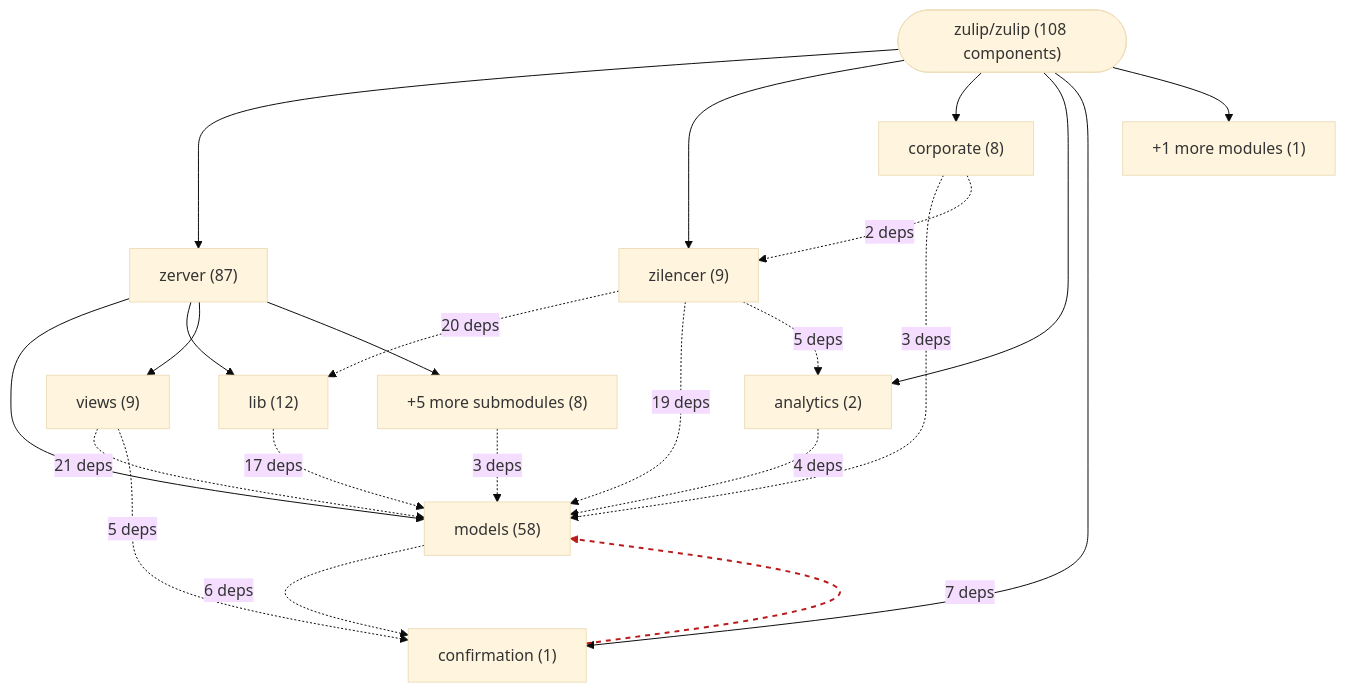
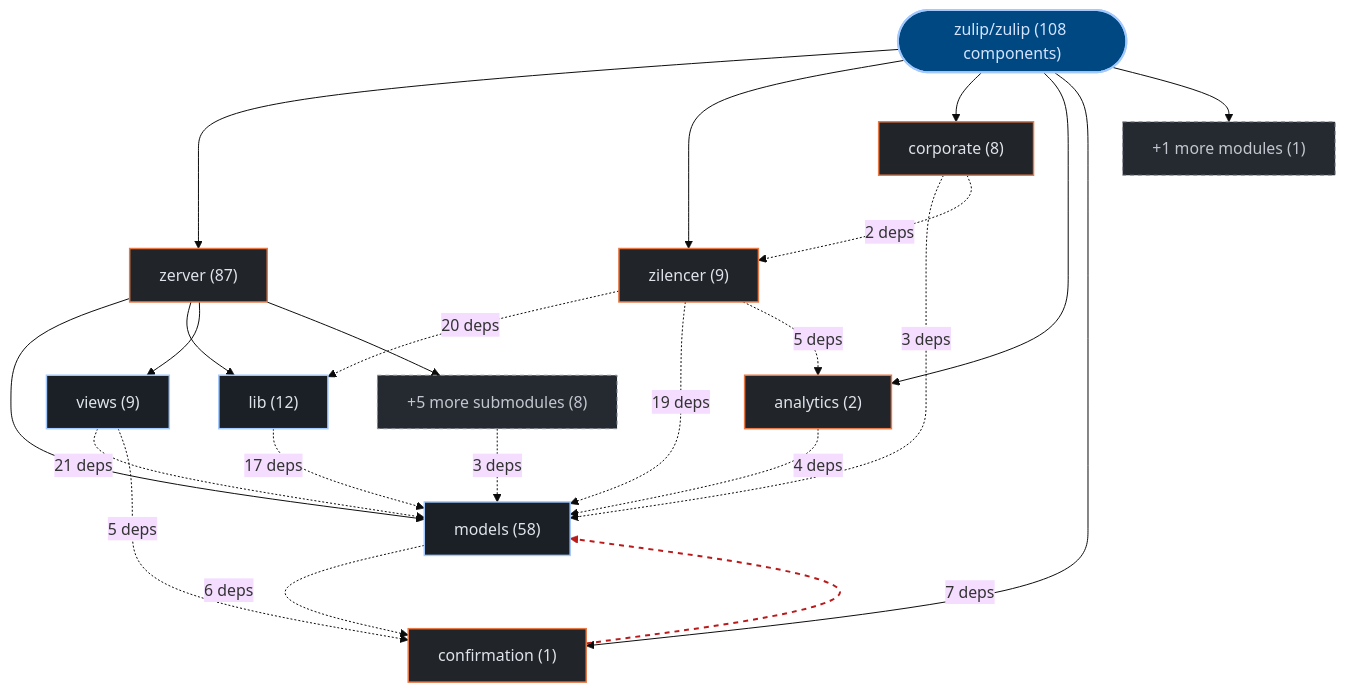
The first of 3 diagrams in exports/latest/reports/zulip-zulip-report.md (kumarshaz/atruss-code-atlas), drawn with Mermaid (base theme) before and after one commit. The commit also changed other lines of this file and 331 other files, not shown here.

Commit message:
docs,ui,fix: update SDLC docs, reorder CI/CD DAG first, stylize Mermaid, and fix Arc42 pipeline topology

````diff
--- a/exports/latest/reports/zulip-zulip-report.md
+++ b/exports/latest/reports/zulip-zulip-report.md
@@ -42,37 +42,44 @@
 ```mermaid
 graph TD;
-    repo_root(["zulip/zulip (108 components)"])
-    dir_0_zerver["zerver (87)"]
+  classDef atlasRoot fill:#004882,stroke:#a3c9ff,stroke-width:2px,color:#d3e4ff
+  classDef atlasCategory fill:#212428,stroke:#E87A48,stroke-width:1.5px,color:#dfe3eb
+  classDef atlasWorkflow fill:#1b2026,stroke:#a3c9ff,stroke-width:1.5px,color:#dfe3eb
+  classDef atlasJob fill:#171c22,stroke:#8d9199,stroke-width:1px,color:#dfe3eb
+  classDef atlasTarget fill:#005227,stroke:#8bd99b,stroke-width:1.5px,color:#a7f6b6
+  classDef atlasAlert fill:#93000a,stroke:#ffb4ab,stroke-width:1.5px,color:#ffdad6
+  classDef atlasMore fill:#252a31,stroke:#8d9199,stroke-dasharray:4 4,color:#c3c6cf
+    repo_root(["zulip/zulip (108 components)"]):::atlasRoot
+    dir_0_zerver["zerver (87)"]:::atlasCategory
     repo_root --> dir_0_zerver
-    sub_0_0_models["models (58)"]
+    sub_0_0_models["models (58)"]:::atlasWorkflow
     dir_0_zerver --> sub_0_0_models
-    sub_0_1_lib["lib (12)"]
+    sub_0_1_lib["lib (12)"]:::atlasWorkflow
     dir_0_zerver --> sub_0_1_lib
-    sub_0_2_views["views (9)"]
+    sub_0_2_views["views (9)"]:::atlasWorkflow
     dir_0_zerver --> sub_0_2_views
-    sub_0_more["+5 more submodules (8)"]
+    sub_0_more["+5 more submodules (8)"]:::atlasMore
     dir_0_zerver --> sub_0_more
-    dir_1_zilencer["zilencer (9)"]
+    dir_1_zilencer["zilencer (9)"]:::atlasCategory
     repo_root --> dir_1_zilencer
-    dir_2_corporate["corporate (8)"]
+    dir_2_corporate["corporate (8)"]:::atlasCategory
     repo_root --> dir_2_corporate
-    dir_3_analytics["analytics (2)"]
+    dir_3_analytics["analytics (2)"]:::atlasCategory
     repo_root --> dir_3_analytics
-    dir_4_confirmation["confirmation (1)"]
+    dir_4_confirmation["confirmation (1)"]:::atlasCategory
     repo_root --> dir_4_confirmation
-    dir_other_modules["+1 more modules (1)"]
+    dir_other_modules["+1 more modules (1)"]:::atlasMore
     repo_root --> dir_other_modules
     sub_0_2_views -.->|"21 deps"| sub_0_0_models
     dir_1_zilencer -.->|"20 deps"| sub_0_1_lib
     dir_1_zilencer -.->|"19 deps"| sub_0_0_models
     sub_0_1_lib -.->|"17 deps"| sub_0_0_models
     dir_4_confirmation -.->|"7 deps"| sub_0_0_models
     sub_0_0_models -.->|"6 deps"| dir_4_confirmation
     dir_1_zilencer -.->|"5 deps"| dir_3_analytics
     sub_0_2_views -.->|"5 deps"| dir_4_confirmation
     dir_3_analytics -.->|"4 deps"| sub_0_0_models
     dir_2_corporate -.->|"3 deps"| sub_0_0_models
     sub_0_more -.->|"3 deps"| sub_0_0_models
     dir_2_corporate -.->|"2 deps"| dir_1_zilencer
     linkStyle 14 stroke:#ba1a1a,stroke-width:2px,stroke-dasharray: 5 5
 ```
````
